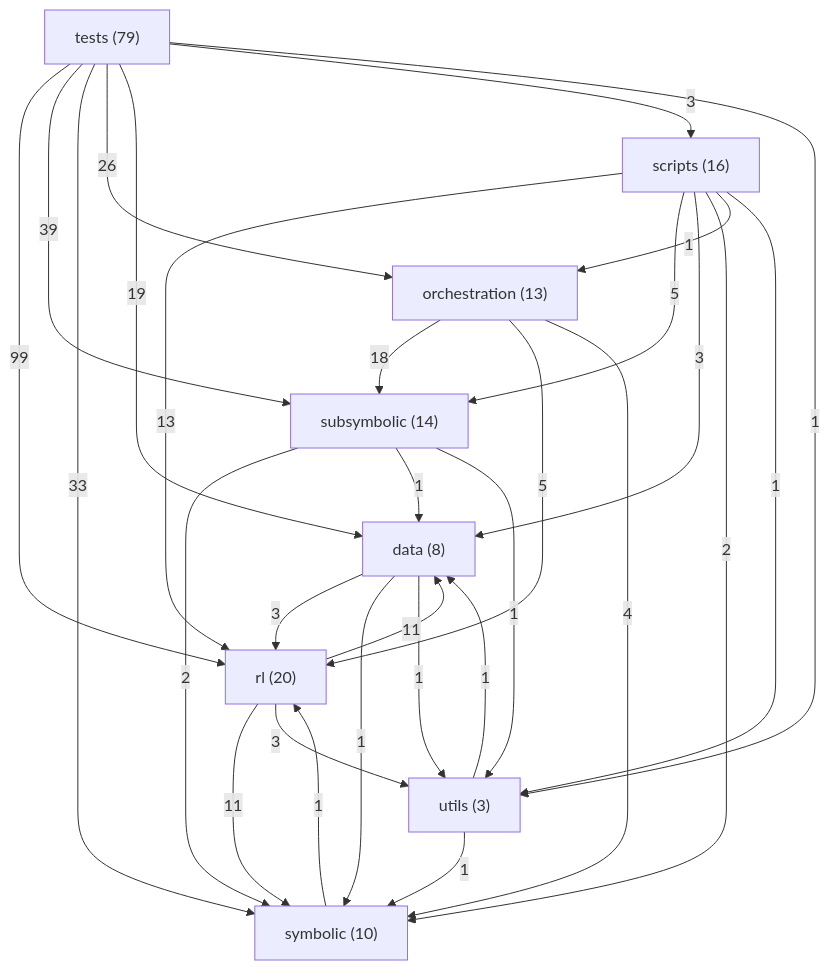
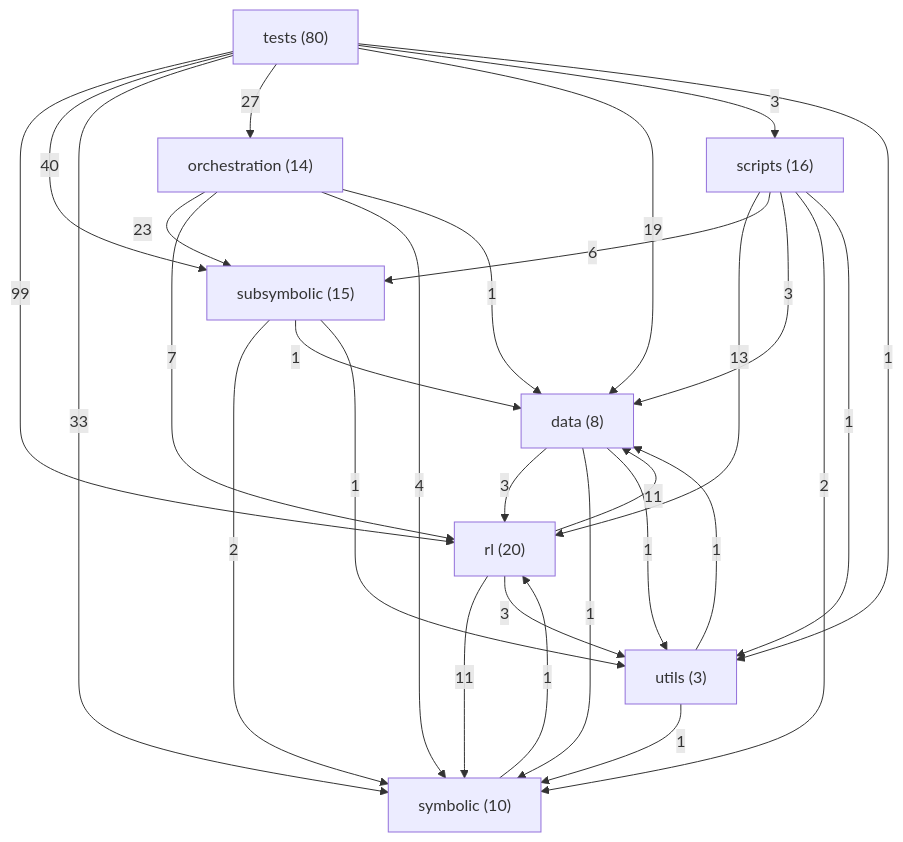
The diagram in ARCHITECTURE.md (danrd/ARC-AGI), drawn with Mermaid before and after one commit. The commit also changed other lines of this file and 22 other files, not shown here.

````diff
--- a/ARCHITECTURE.md
+++ b/ARCHITECTURE.md
@@ -173,39 +173,39 @@
 ```mermaid
 graph TD
   data["data (8)"]
-  orchestration["orchestration (13)"]
+  orchestration["orchestration (14)"]
   rl["rl (20)"]
   scripts["scripts (16)"]
-  subsymbolic["subsymbolic (14)"]
+  subsymbolic["subsymbolic (15)"]
   symbolic["symbolic (10)"]
-  tests["tests (79)"]
+  tests["tests (80)"]
   utils["utils (3)"]
   tests -->|99| rl
-  tests -->|39| subsymbolic
+  tests -->|40| subsymbolic
   tests -->|33| symbolic
-  tests -->|26| orchestration
+  tests -->|27| orchestration
+  orchestration -->|23| subsymbolic
   tests -->|19| data
-  orchestration -->|18| subsymbolic
   scripts -->|13| rl
   rl -->|11| data
   rl -->|11| symbolic
-  orchestration -->|5| rl
-  scripts -->|5| subsymbolic
+  orchestration -->|7| rl
+  scripts -->|6| subsymbolic
   orchestration -->|4| symbolic
   data -->|3| rl
   rl -->|3| utils
   scripts -->|3| data
   tests -->|3| scripts
   scripts -->|2| symbolic
   subsymbolic -->|2| symbolic
   data -->|1| symbolic
   data -->|1| utils
-  scripts -->|1| orchestration
+  orchestration -->|1| data
   scripts -->|1| utils
   subsymbolic -->|1| data
   subsymbolic -->|1| utils
   symbolic -->|1| rl
   tests -->|1| utils
   utils -->|1| data
   utils -->|1| symbolic
 ```
````
